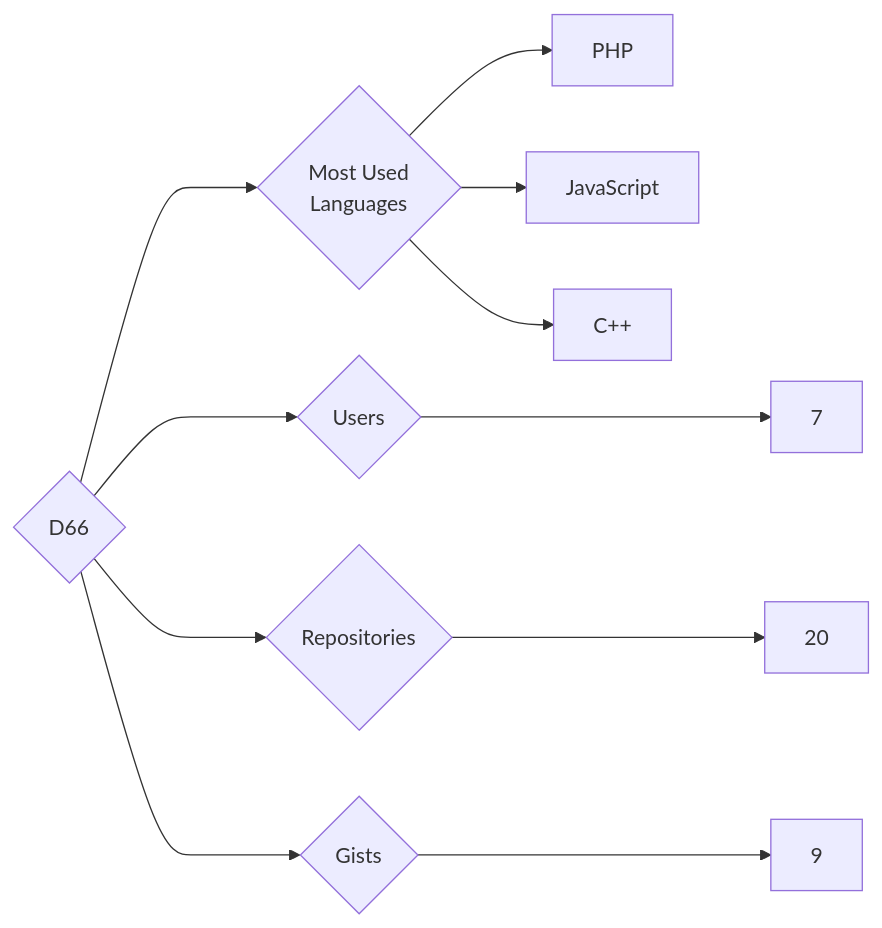
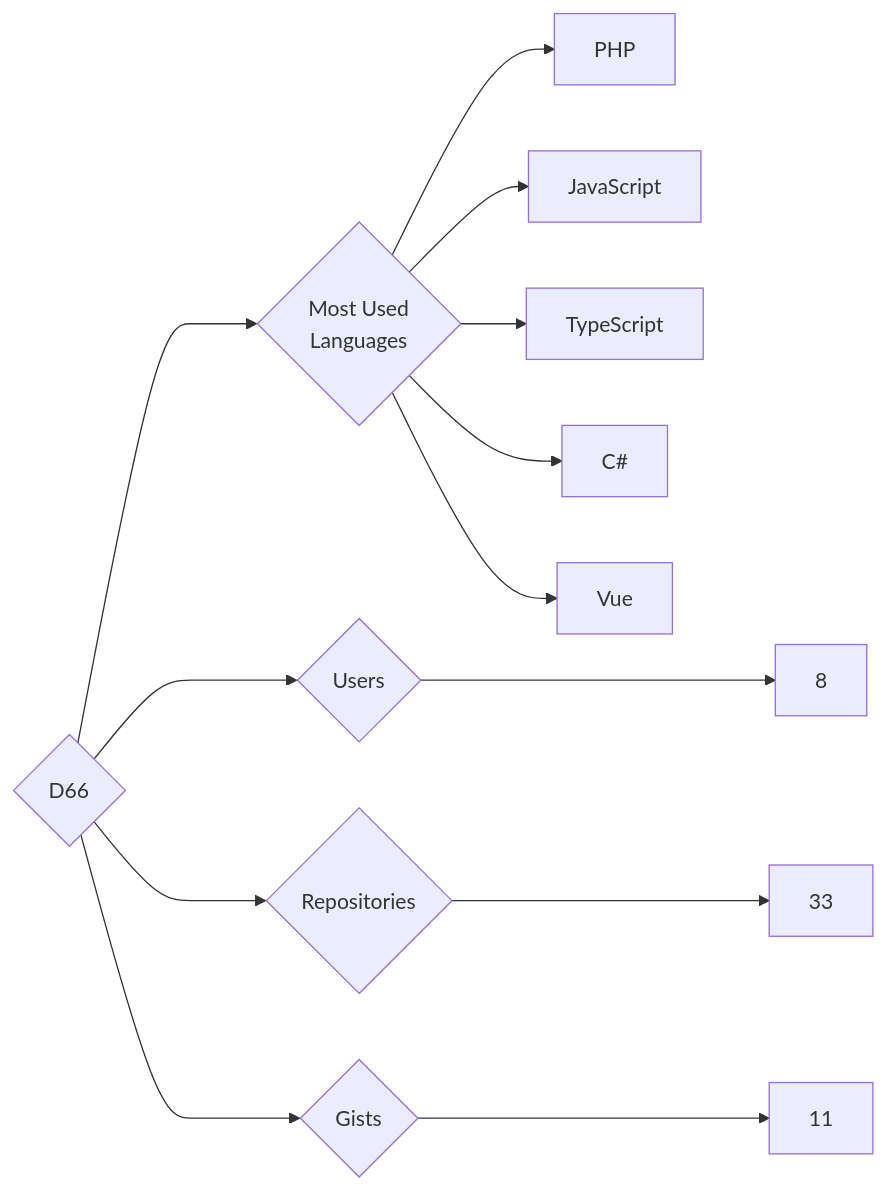
One commit to trickest/insiders changed the diagram in targets/D66/README.md. Above: the diagram before and after it, drawn with Mermaid. The commit also changed 826 other files, not shown here.

````diff
--- a/targets/D66/README.md
+++ b/targets/D66/README.md
@@ -3,11 +3,13 @@
 ```mermaid
 graph LR
 COMPANY_NAME{D66}
-COMPANY_NAME ---> U{Users} ---> UN[7]
-COMPANY_NAME ---> R{Repositories} ---> RN[20]
-COMPANY_NAME ---> G{Gists} ---> GN[9]
+COMPANY_NAME ---> U{Users} ---> UN[8]
+COMPANY_NAME ---> R{Repositories} ---> RN[33]
+COMPANY_NAME ---> G{Gists} ---> GN[11]
 COMPANY_NAME ---> ML{Most Used<br>Languages}
 ML --> PHP[PHP]
 ML --> JavaScript[JavaScript]
-ML --> C++[C++]
+ML --> TypeScript[TypeScript]
+ML --> C#[C#]
+ML --> Vue[Vue]
 ```
````
